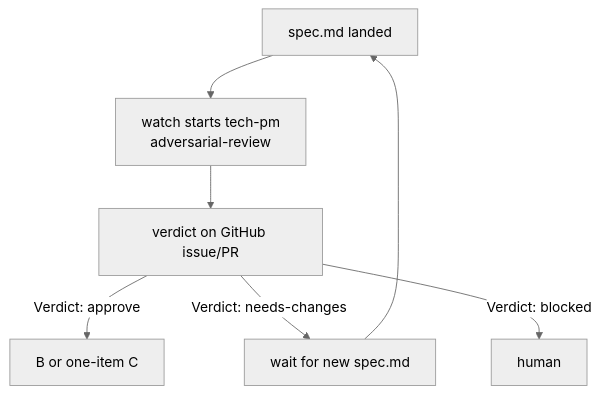
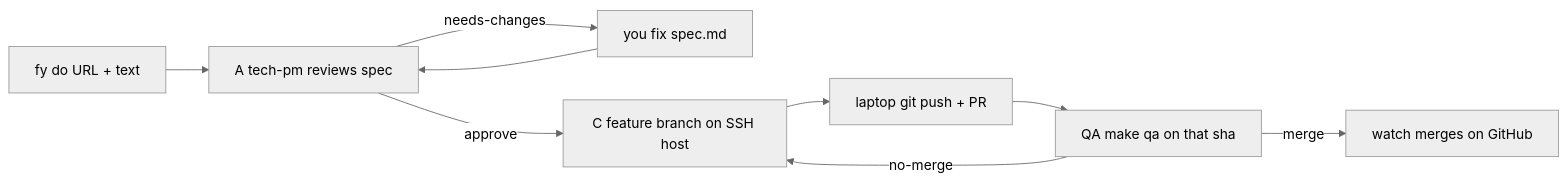
One commit to camorazrushimoe/forgeyard changed the diagram in README.md. Above: the diagram before and after it, drawn with Mermaid (neutral theme). The commit also changed other lines of this file and 3 other files, not shown here.

First line of the commit message:
spec: adversarial review, README install/use, consistency fixes

````diff
--- a/README.md
+++ b/README.md
@@ -50,9 +96,11 @@
 ```mermaid
-flowchart TD
-  spec["spec.md landed"] --> pm["watch starts tech-pm\nadversarial-review"]
-  pm --> comment["verdict on GitHub issue/PR"]
-  comment -->|Verdict: approve| next["B or one-item C"]
-  comment -->|Verdict: needs-changes| wait["wait for new spec.md"]
-  wait --> spec
-  comment -->|Verdict: blocked| human["human"]
+flowchart LR
+  do["fy do URL + text"] --> A["A tech-pm reviews spec"]
+  A -->|needs-changes| spec["you fix spec.md"]
+  spec --> A
+  A -->|approve| C["C feature branch on SSH host"]
+  C --> push["laptop git push + PR"]
+  push --> qa["QA make qa on that sha"]
+  qa -->|no-merge| C
+  qa -->|merge| m["watch merges on GitHub"]
 ```
````
